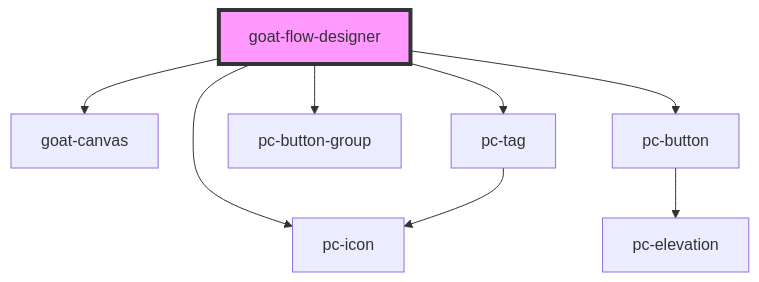
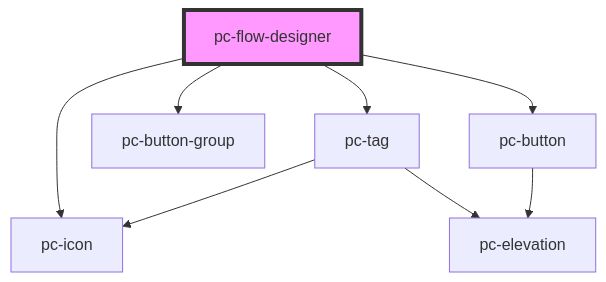
One commit to redvars/peacock changed the diagram in src/components/application/flow-designer/flow-designer/readme.md. Above: the diagram before and after it, drawn with Mermaid. The commit also changed other lines of this file and 299 other files, not shown here.

````diff
--- a/src/components/application/flow-designer/flow-designer/readme.md
+++ b/src/components/application/flow-designer/flow-designer/readme.md
@@ -28,11 +27,11 @@
 ```mermaid
 graph TD;
-  goat-flow-designer --> goat-canvas
-  goat-flow-designer --> pc-icon
-  goat-flow-designer --> pc-tag
-  goat-flow-designer --> pc-button-group
-  goat-flow-designer --> pc-button
+  pc-flow-designer --> pc-icon
+  pc-flow-designer --> pc-tag
+  pc-flow-designer --> pc-button-group
+  pc-flow-designer --> pc-button
   pc-tag --> pc-icon
+  pc-tag --> pc-elevation
   pc-button --> pc-elevation
-  style goat-flow-designer fill:#f9f,stroke:#333,stroke-width:4px
+  style pc-flow-designer fill:#f9f,stroke:#333,stroke-width:4px
 ```
````
